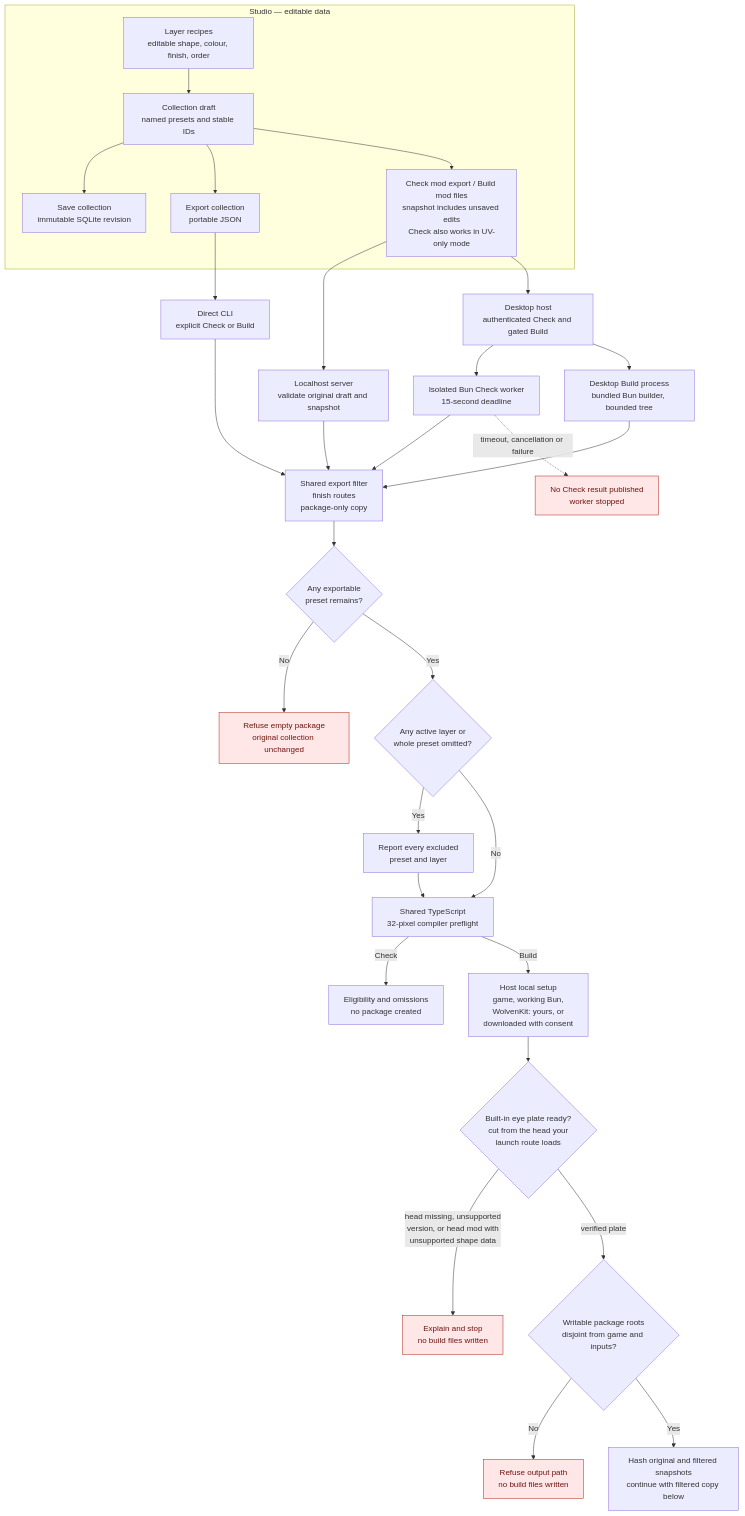
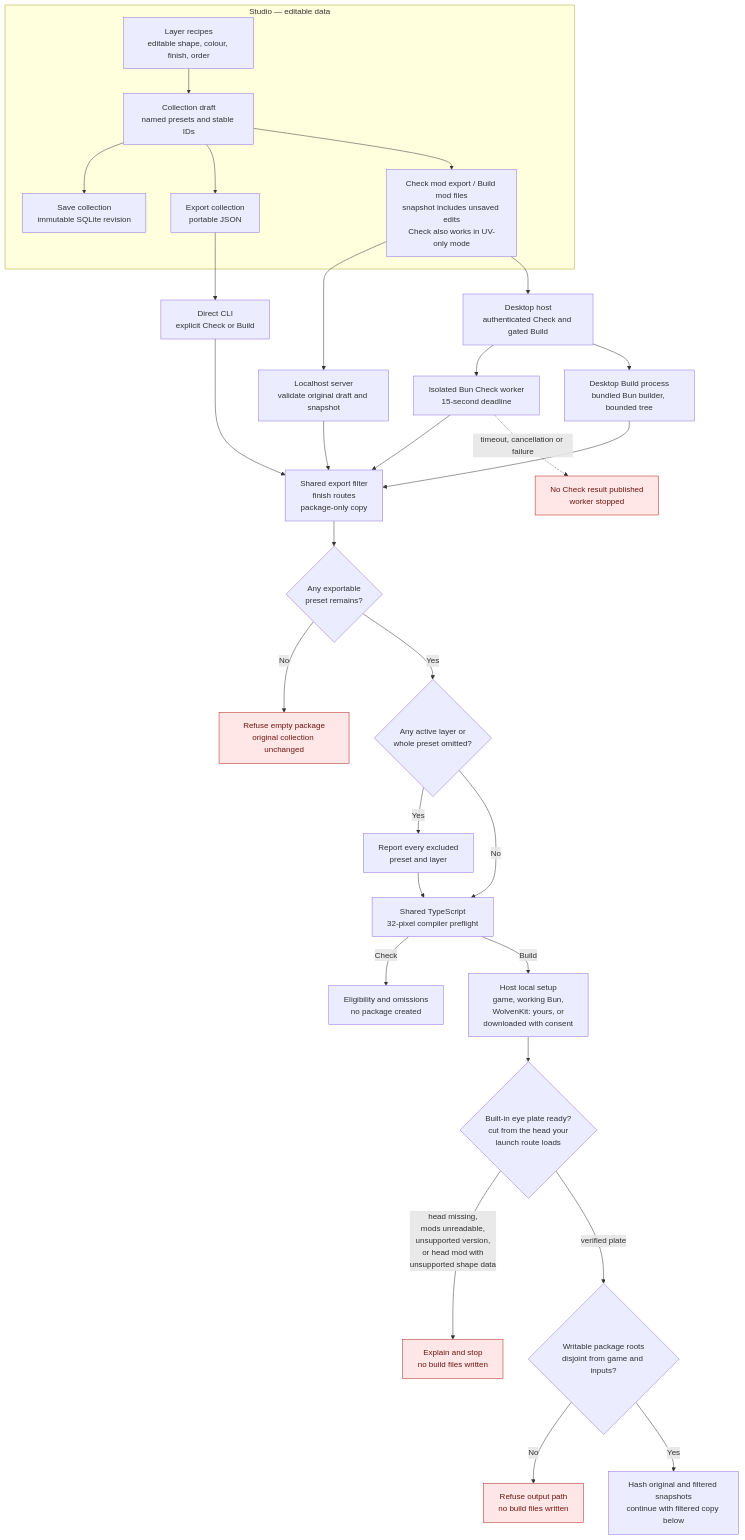
One commit to axefrog/xf-studio changed the first of 3 diagrams in research/authoring/studio-to-mod-pipeline.md. Above: the diagram before and after it, drawn with Mermaid. The commit also changed other lines of this file and 40 other files, not shown here.

First line of the commit message:
Harden export routes, verifier routes and plate head resolution

````diff
--- a/research/authoring/studio-to-mod-pipeline.md
+++ b/research/authoring/studio-to-mod-pipeline.md
@@ -11,36 +11,36 @@
 ```mermaid
 flowchart TB
   subgraph editor["Studio — editable data"]
     recipe["Layer recipes<br/>editable shape, colour, finish, order"] --> draft["Collection draft<br/>named presets and stable IDs"]
     draft --> sqlite["Save collection<br/>immutable SQLite revision"]
     draft --> export["Export collection<br/>portable JSON"]
     draft --> ui["Check mod export / Build mod files<br/>snapshot includes unsaved edits<br/>Check also works in UV-only mode"]
   end
 
   ui --> server["Localhost server<br/>validate original draft and snapshot"]
   ui --> desktop["Desktop host<br/>authenticated Check and gated Build"]
   server --> filter["Shared export filter<br/>finish routes<br/>package-only copy"]
   desktop --> worker["Isolated Bun Check worker<br/>15-second deadline"]
   desktop --> buildWrapper["Desktop Build process<br/>bundled Bun builder, bounded tree"]
   worker --> filter
   buildWrapper --> filter
   worker -. "timeout, cancellation or failure" .-> noresult["No Check result published<br/>worker stopped"]
   export --> cli["Direct CLI<br/>explicit Check or Build"]
   cli --> filter
   filter --> decision{"Any exportable<br/>preset remains?"}
   decision -- No --> reject["Refuse empty package<br/>original collection unchanged"]
   decision -- Yes --> omitted{"Any active layer or<br/>whole preset omitted?"}
   omitted -- Yes --> warn["Report every excluded<br/>preset and layer"]
   omitted -- No --> preflight["Shared TypeScript<br/>32-pixel compiler preflight"]
   warn --> preflight
   preflight -- Check --> ready["Eligibility and omissions<br/>no package created"]
   preflight -- Build --> setup["Host local setup<br/>game, working Bun,<br/>WolvenKit: yours, or<br/>downloaded with consent"]
   setup --> plate{"Built-in eye plate ready?<br/>cut from the head your<br/>launch route loads"}
-  plate -- "head missing, unsupported<br/>version, or head mod with<br/>unsupported shape data" --> noplate["Explain and stop<br/>no build files written"]
+  plate -- "head missing,<br/>mods unreadable,<br/>unsupported version,<br/>or head mod with<br/>unsupported shape data" --> noplate["Explain and stop<br/>no build files written"]
   plate -- "verified plate" --> roots{"Writable package roots<br/>disjoint from game and inputs?"}
   roots -- No --> unsafe["Refuse output path<br/>no build files written"]
   roots -- Yes --> snapshot["Hash original and filtered snapshots<br/>continue with filtered copy below"]
 
   classDef blocked fill:#ffe7e7,stroke:#b42318,color:#6e1611;
   class reject,noresult,unsafe,noplate blocked;
 ```
````
